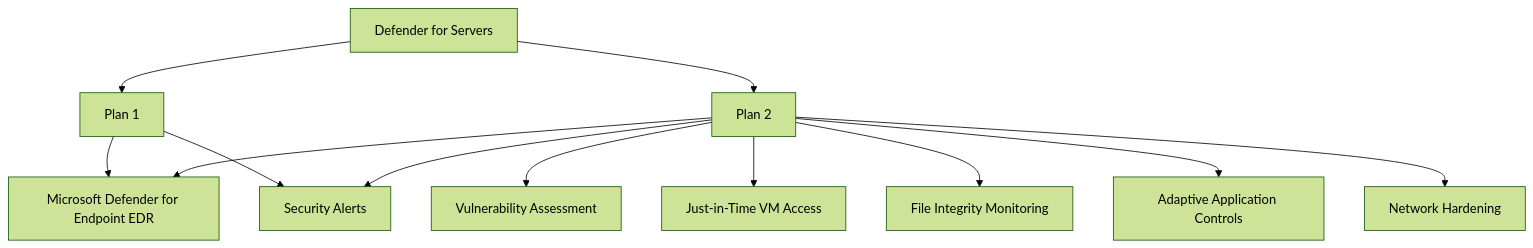
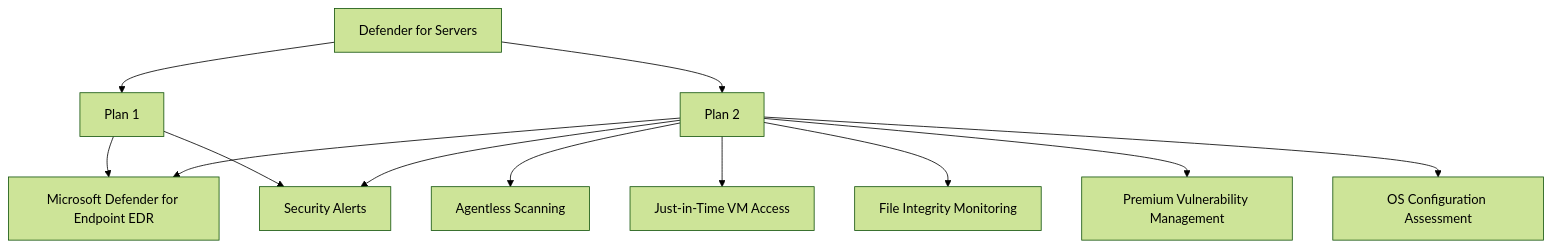
Before and after one commit to OneUptime/blog: the diagram in posts/2026-02-16-how-to-enable-and-review-microsoft-defender-for-cloud-workload-protection-for-virtual-machines/README.md, drawn with Mermaid (forest theme). The commit also changed other lines of this file and 2 other files, not shown here.

````diff
--- a/posts/2026-02-16-how-to-enable-and-review-microsoft-defender-for-cloud-workload-protection-for-virtual-machines/README.md
+++ b/posts/2026-02-16-how-to-enable-and-review-microsoft-defender-for-cloud-workload-protection-for-virtual-machines/README.md
@@ -33,14 +35,14 @@
 ```mermaid
 graph TD
     A[Defender for Servers] --> B[Plan 1]
     A --> C[Plan 2]
     B --> D[Microsoft Defender for Endpoint EDR]
     B --> E[Security Alerts]
     C --> D
     C --> E
-    C --> F[Vulnerability Assessment]
+    C --> F[Agentless Scanning]
     C --> G[Just-in-Time VM Access]
     C --> H[File Integrity Monitoring]
-    C --> I[Adaptive Application Controls]
-    C --> J[Network Hardening]
+    C --> I[Premium Vulnerability Management]
+    C --> J[OS Configuration Assessment]
 ```
````
